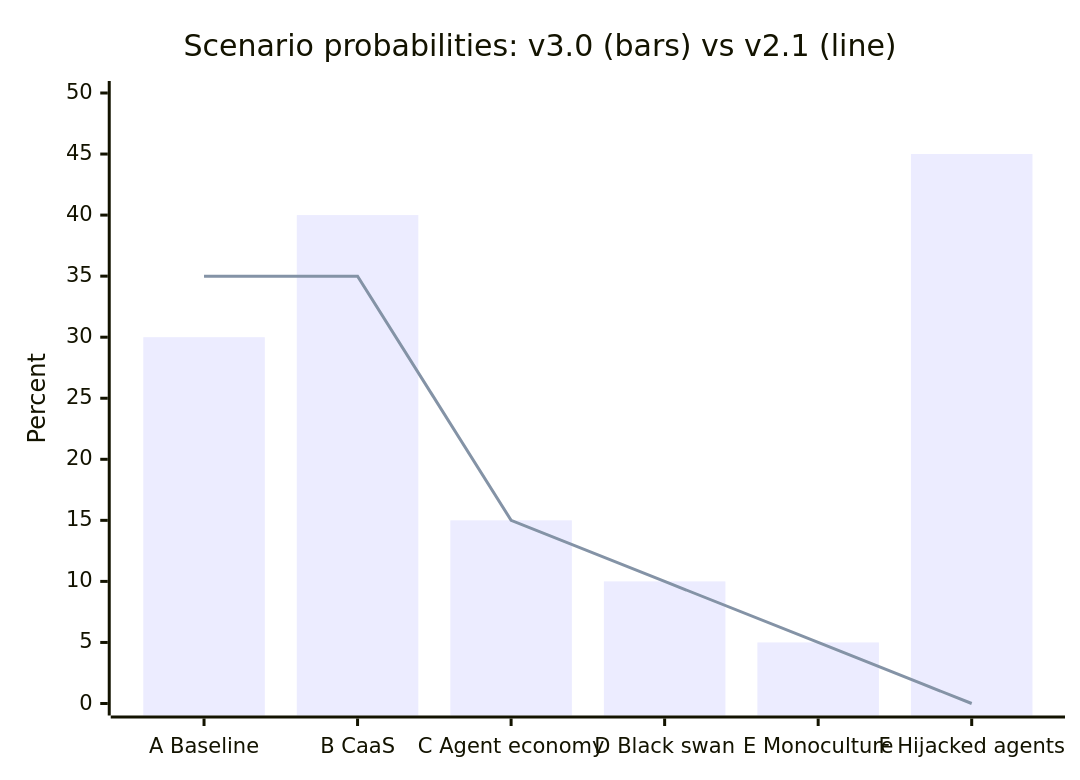
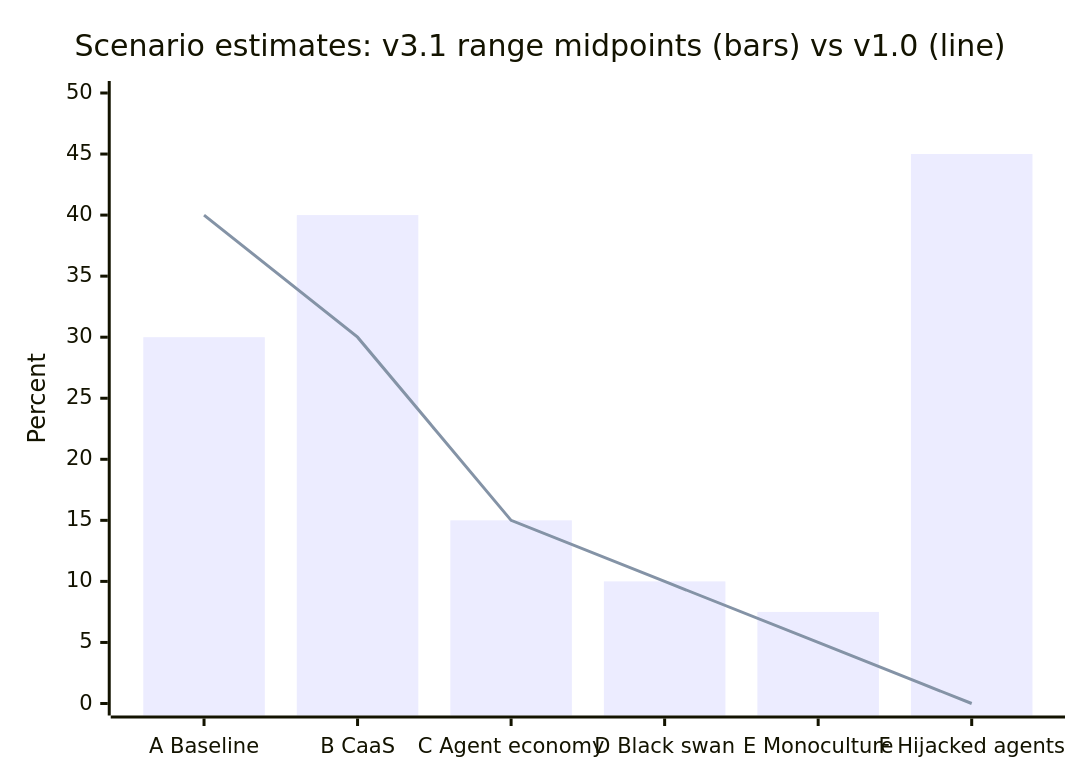
The sixth of 7 diagrams in docs/projections/ai-agents-financial-integrity.md (AndrewAltimit/template-repo), drawn with Mermaid before and after one commit. The commit also changed other lines of this file and 9 other files, not shown here.

````diff
--- a/docs/projections/ai-agents-financial-integrity.md
+++ b/docs/projections/ai-agents-financial-integrity.md
@@ -1648,8 +1715,8 @@
 ```mermaid
 xychart-beta
-    title "Scenario probabilities: v3.0 (bars) vs v2.1 (line)"
+    title "Scenario estimates: v3.1 range midpoints (bars) vs v1.0 (line)"
     x-axis ["A Baseline", "B CaaS", "C Agent economy", "D Black swan", "E Monoculture", "F Hijacked agents"]
     y-axis "Percent" 0 --> 50
-    bar [30, 40, 15, 10, 5, 45]
-    line [35, 35, 15, 10, 5, 0]
+    bar [30, 40, 15, 10, 7.5, 45]
+    line [40, 30, 15, 10, 5, 0]
 ```
````
